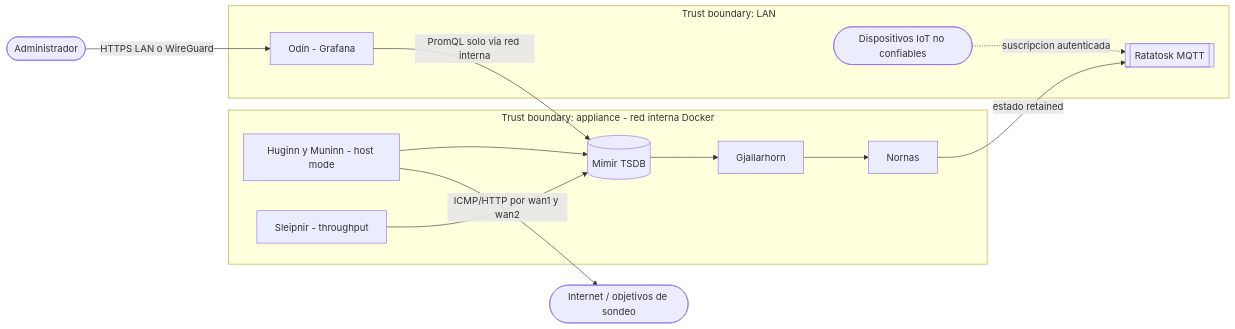
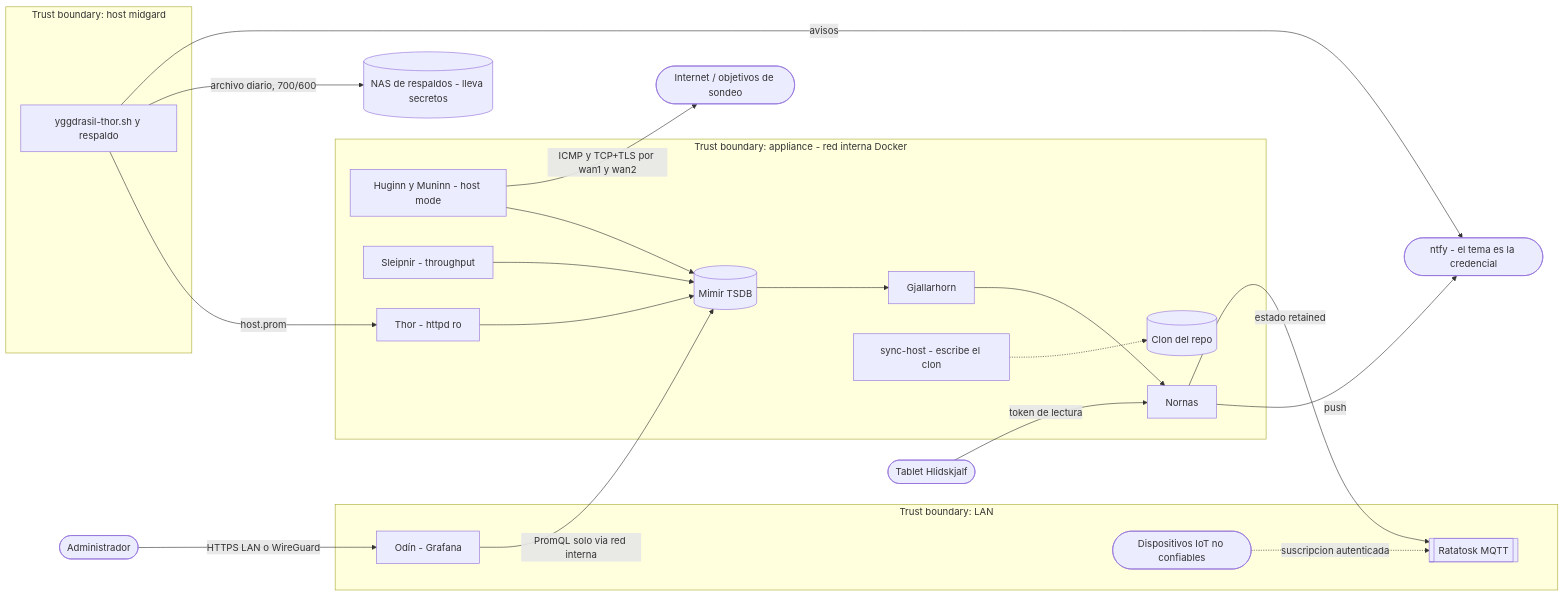
One commit to higerotech/yggdrasil changed the first of 2 diagrams in docs/02-design/threat-model.md. Above: the diagram before and after it, drawn with Mermaid. The commit also changed other lines of this file and 28 other files, not shown here.

````diff
--- a/docs/02-design/threat-model.md
+++ b/docs/02-design/threat-model.md
@@ -14,20 +14,31 @@
 ```mermaid
 flowchart LR
     INET([Internet / objetivos de sondeo])
     subgraph TBH [Trust boundary: appliance - red interna Docker]
       BB[Huginn y Muninn - host mode] --> PROM[(Mimir TSDB)]
       SPD[Sleipnir - throughput] --> PROM
       PROM --> AM[Gjallarhorn]
       AM --> NR[Nornas]
+      TH[Thor - httpd ro] --> PROM
+      SY[sync-host - escribe el clon] -.-> CL[(Clon del repo)]
     end
+    subgraph TBHOST [Trust boundary: host midgard]
+      HS[yggdrasil-thor.sh y respaldo] -->|host.prom| TH
+    end
+    NAS[(NAS de respaldos - lleva secretos)]
+    NTFY([ntfy - el tema es la credencial])
+    HS -->|archivo diario, 700/600| NAS
+    HS -->|avisos| NTFY
+    NR -->|push| NTFY
+    TAB([Tablet Hlidskjalf]) -->|token de lectura| NR
     subgraph TBL [Trust boundary: LAN]
       GF[Odín - Grafana]
       MQ[[Ratatosk MQTT]]
       IOT([Dispositivos IoT no confiables])
     end
-    BB -->|ICMP/HTTP por wan1 y wan2| INET
+    BB -->|ICMP y TCP+TLS por wan1 y wan2| INET
     GF -->|PromQL solo via red interna| PROM
     NR -->|estado retained| MQ
     IOT -.->|suscripcion autenticada| MQ
     ADM([Administrador]) -->|HTTPS LAN o WireGuard| GF
 ```
````
